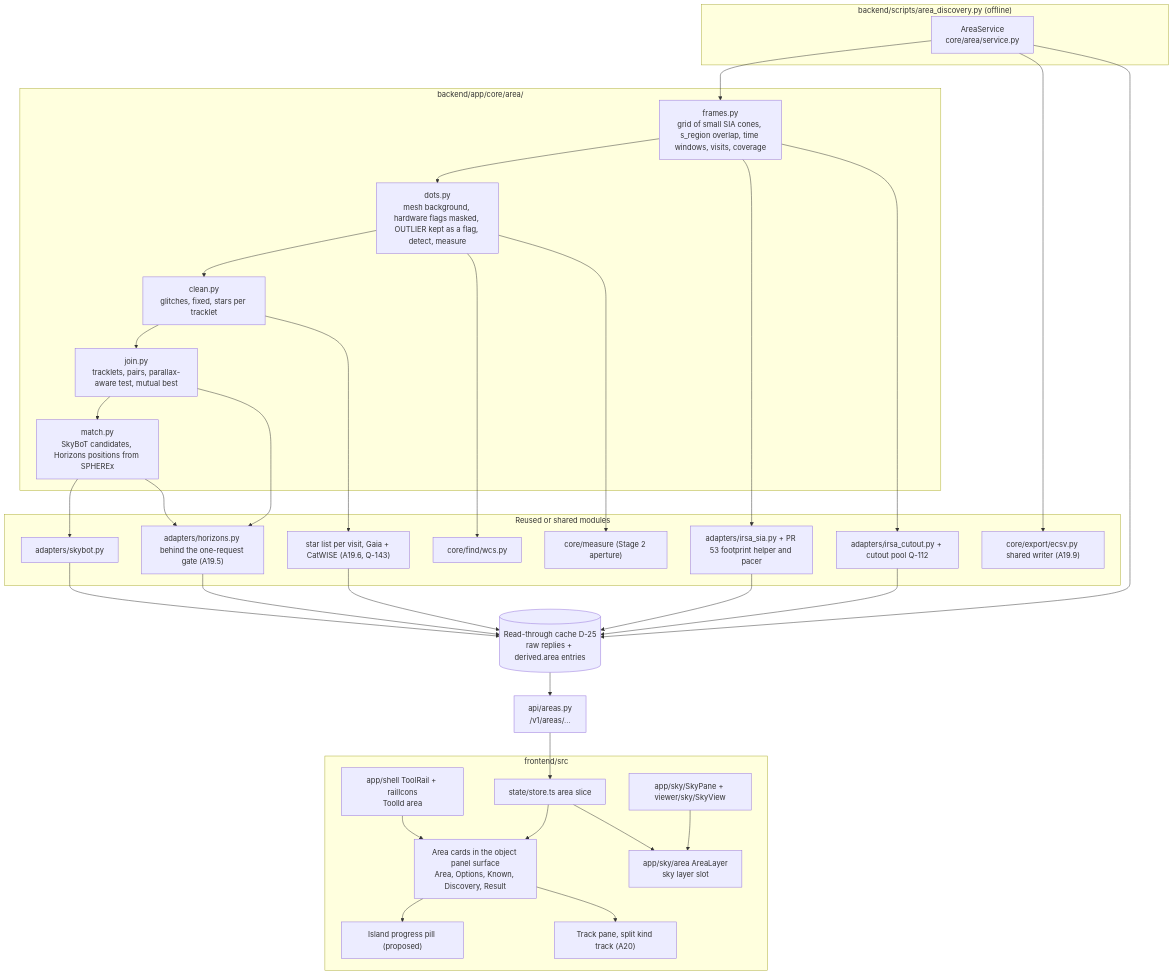
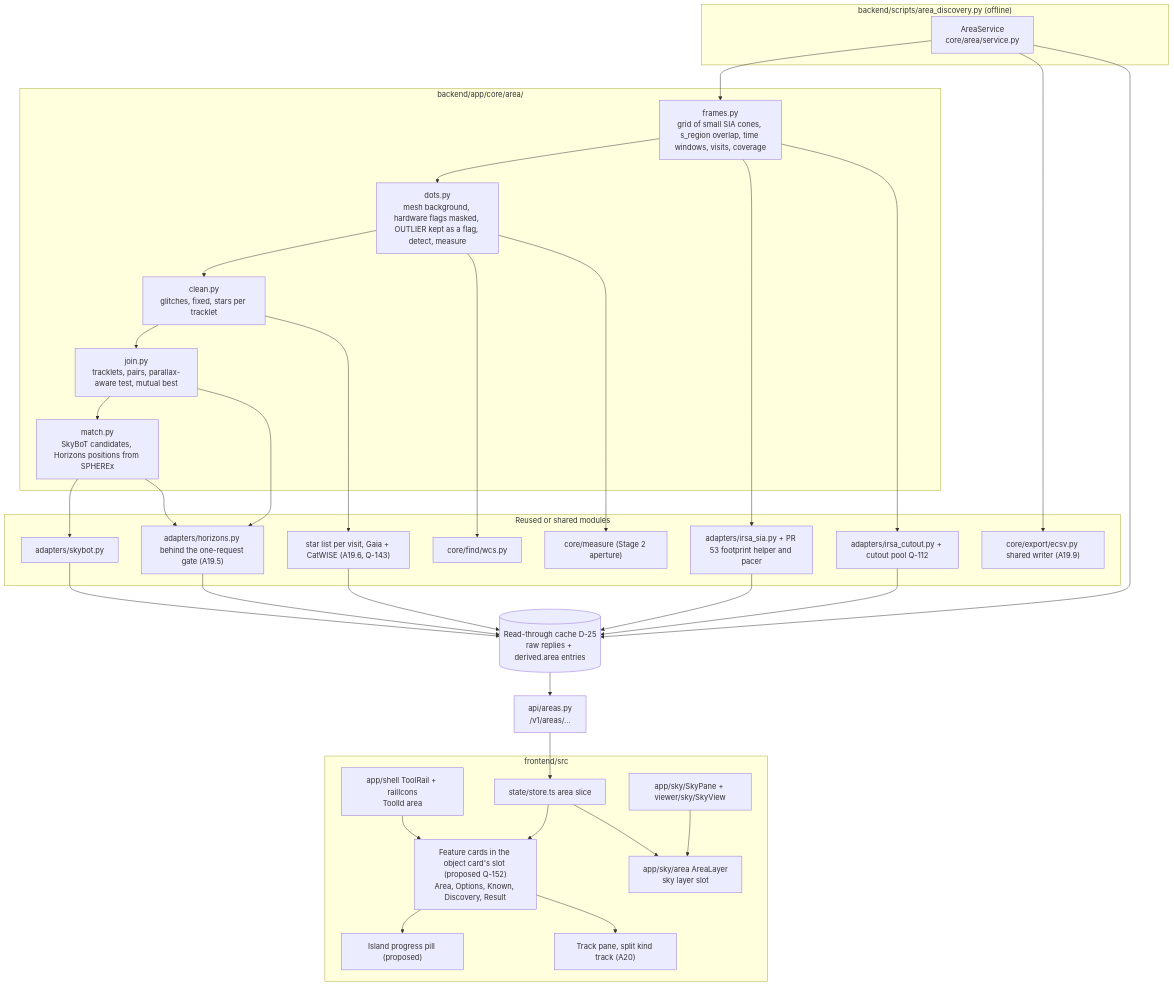
The first of 3 diagrams in docs/uml/22-area-search.md (0ffrian/SphereX), drawn with Mermaid before and after one commit. The commit also changed other lines of this file and 75 other files, not shown here.

````diff
--- a/docs/uml/22-area-search.md
+++ b/docs/uml/22-area-search.md
@@ -7,58 +7,58 @@
 ```mermaid
 flowchart TB
   subgraph Script["backend/scripts/area_discovery.py (offline)"]
     SVC["AreaService<br/>core/area/service.py"]
   end
   subgraph Core["backend/app/core/area/"]
     FRM["frames.py<br/>grid of small SIA cones, s_region overlap, time windows, visits, coverage"]
     DOT["dots.py<br/>mesh background, hardware flags masked, OUTLIER kept as a flag, detect, measure"]
     CLN["clean.py<br/>glitches, fixed, stars per tracklet"]
     JON["join.py<br/>tracklets, pairs, parallax-aware test, mutual best"]
     MAT["match.py<br/>SkyBoT candidates, Horizons positions from SPHEREx"]
   end
   subgraph Reused["Reused or shared modules"]
     SIA["adapters/irsa_sia.py + PR 53 footprint helper and pacer"]
     CUT["adapters/irsa_cutout.py + cutout pool Q-112"]
     MEAS["core/measure (Stage 2 aperture)"]
     STAR["star list per visit, Gaia + CatWISE (A19.6, Q-143)"]
     SKB["adapters/skybot.py"]
     HOR["adapters/horizons.py behind the one-request gate (A19.5)"]
     WCS["core/find/wcs.py"]
     ECSV["core/export/ecsv.py shared writer (A19.9)"]
   end
   CACHE[("Read-through cache D-25<br/>raw replies + derived.area entries")]
   API["api/areas.py<br/>/v1/areas/..."]
   subgraph FE["frontend/src"]
     RAIL["app/shell ToolRail + railIcons<br/>ToolId area"]
-    CARDS["Area cards in the object panel surface<br/>Area, Options, Known, Discovery, Result"]
+    CARDS["Feature cards in the object card's slot (proposed Q-152)<br/>Area, Options, Known, Discovery, Result"]
     ISL["Island progress pill (proposed)"]
     LAYER["app/sky/area AreaLayer<br/>sky layer slot"]
     STORE["state/store.ts area slice"]
     TRK["Track pane, split kind track (A20)"]
     SKY["app/sky/SkyPane + viewer/sky/SkyView"]
   end
   SVC --> FRM --> DOT --> CLN --> JON --> MAT
   SVC --> ECSV
   FRM --> SIA
   FRM --> CUT
   DOT --> WCS
   DOT --> MEAS
   CLN --> STAR
   JON --> HOR
   MAT --> SKB
   MAT --> HOR
   SIA --> CACHE
   CUT --> CACHE
   STAR --> CACHE
   SKB --> CACHE
   HOR --> CACHE
   SVC --> CACHE
   CACHE --> API
   API --> STORE
   RAIL --> CARDS
   STORE --> CARDS
   CARDS --> ISL
   STORE --> LAYER
   SKY --> LAYER
   CARDS --> TRK
 ```
````
